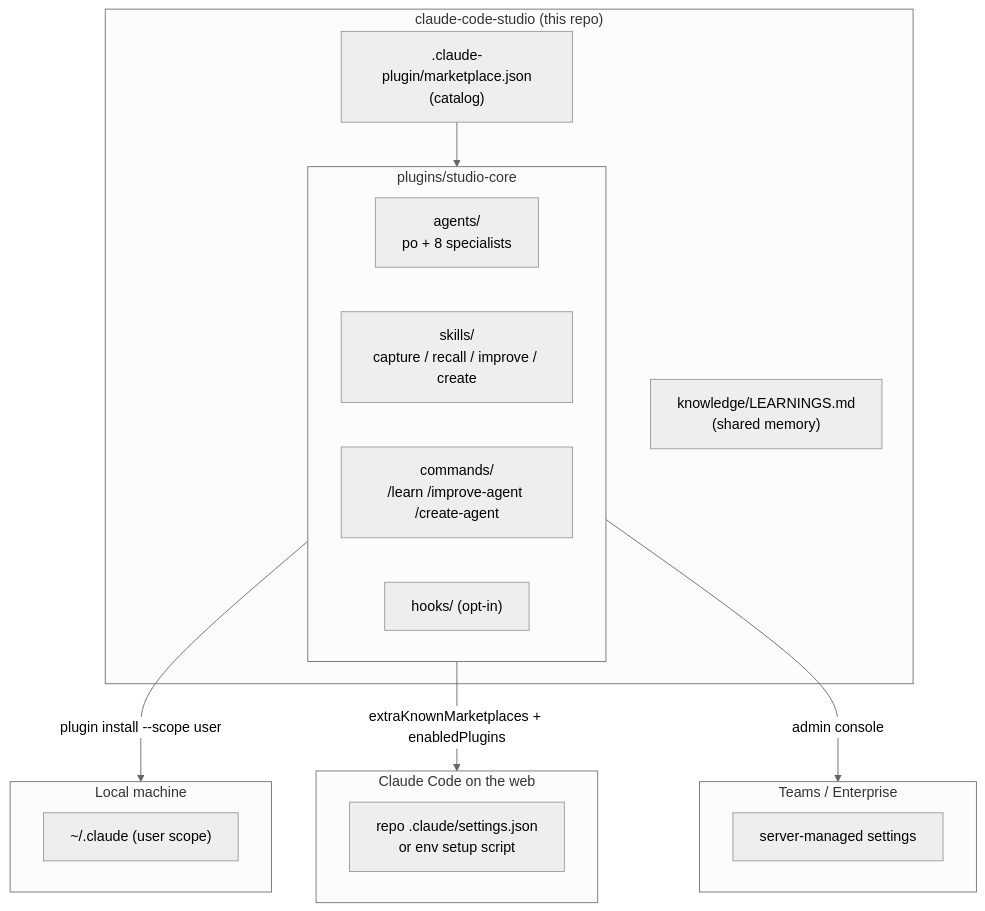
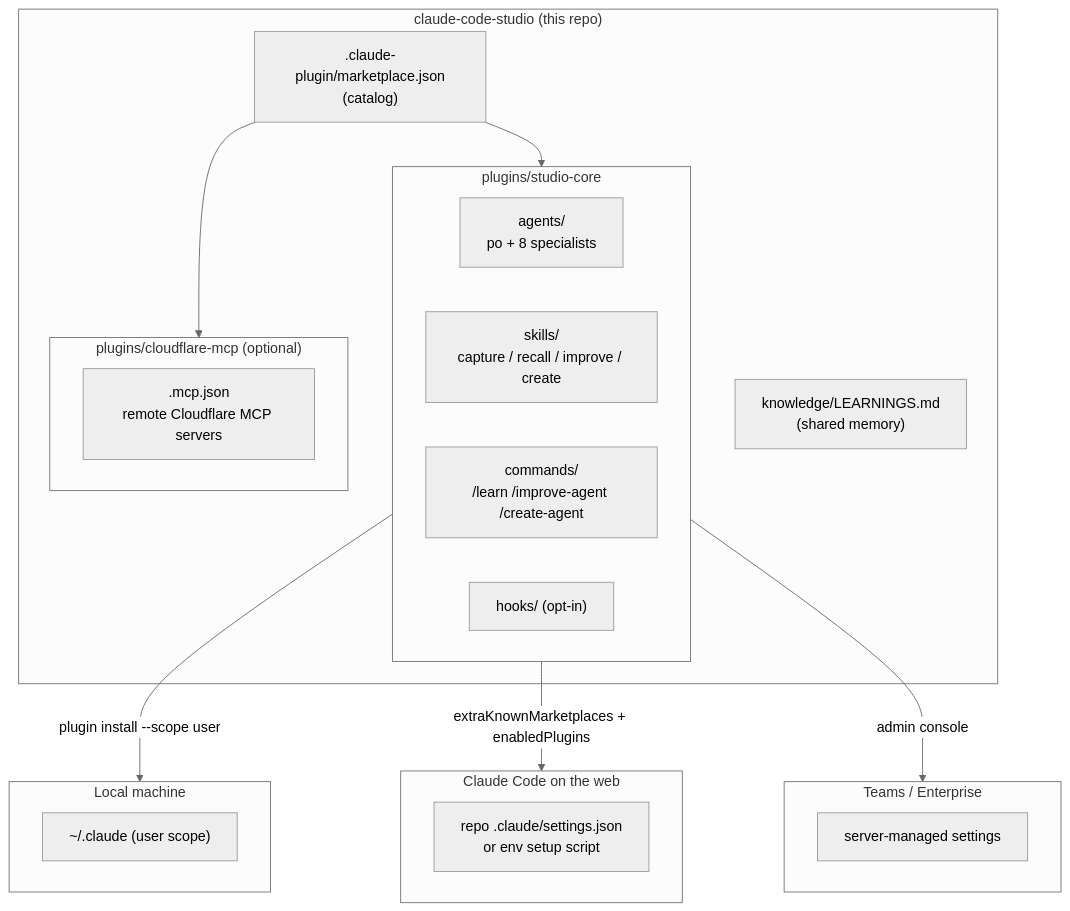
Before and after one commit to nilpost/claude-code-studio: the first of 3 diagrams in docs/architecture.md, drawn with Mermaid (neutral theme). The commit also changed other lines of this file and 8 other files, not shown here.

````diff
--- a/docs/architecture.md
+++ b/docs/architecture.md
@@ -22,29 +22,33 @@
 ```mermaid
 flowchart TD
     subgraph Repo["claude-code-studio (this repo)"]
         MP[".claude-plugin/marketplace.json<br/>(catalog)"]
         subgraph Plugin["plugins/studio-core"]
             AG["agents/<br/>po + 8 specialists"]
             SK["skills/<br/>capture / recall / improve / create"]
             CMD["commands/<br/>/learn /improve-agent /create-agent"]
             HK["hooks/ (opt-in)"]
         end
+        subgraph CF["plugins/cloudflare-mcp (optional)"]
+            MCP[".mcp.json<br/>remote Cloudflare MCP servers"]
+        end
         KB["knowledge/LEARNINGS.md<br/>(shared memory)"]
     end
 
     MP --> Plugin
+    MP --> CF
 
     subgraph Local["Local machine"]
         LSET["~/.claude (user scope)"]
     end
     subgraph Cloud["Claude Code on the web"]
         CSET["repo .claude/settings.json<br/>or env setup script"]
     end
     subgraph Org["Teams / Enterprise"]
         OSET["server-managed settings"]
     end
 
     Plugin -->|"plugin install --scope user"| Local
     Plugin -->|"extraKnownMarketplaces + enabledPlugins"| Cloud
     Plugin -->|"admin console"| Org
 ```
````
